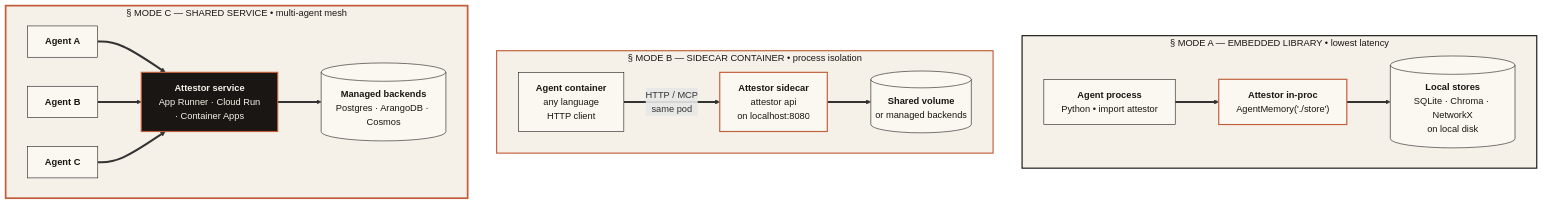
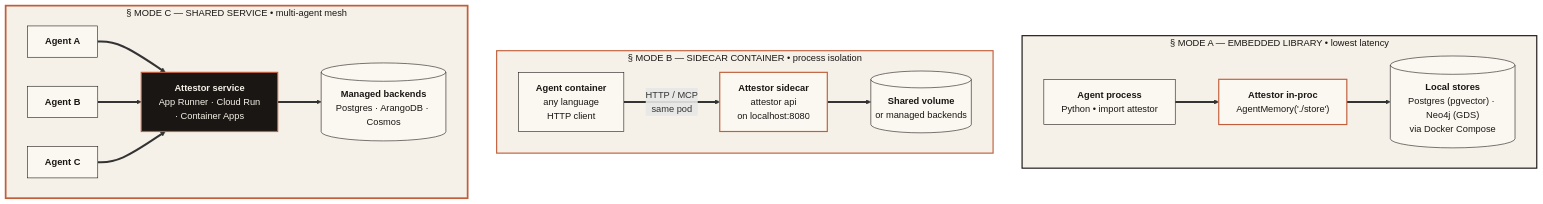
One commit to bolnet/attestor changed the eighth of 8 diagrams in README.md. Above: the diagram before and after it, drawn with Mermaid. The commit also changed other lines of this file and 2 other files, not shown here.

First line of the commit message:
docs: Phase 5 — strip zero-config narrative (Postgres + Neo4j default)

````diff
--- a/README.md
+++ b/README.md
@@ -603,46 +603,46 @@
 ```mermaid
 flowchart TB
     subgraph M1 ["&sect; MODE A &mdash; EMBEDDED LIBRARY &bull; lowest latency"]
         direction LR
         AG1["<b>Agent process</b><br/>Python &bull; import attestor"]
         MW1["<b>Attestor in-proc</b><br/>AgentMemory('./store')"]
-        ST1[("<b>Local stores</b><br/>SQLite · Chroma · NetworkX<br/>on local disk")]
+        ST1[("<b>Local stores</b><br/>Postgres (pgvector) · Neo4j (GDS)<br/>via Docker Compose")]
         AG1 ==> MW1 ==> ST1
     end
 
     subgraph M2 ["&sect; MODE B &mdash; SIDECAR CONTAINER &bull; process isolation"]
         direction LR
         AG2["<b>Agent container</b><br/>any language<br/>HTTP client"]
         MW2["<b>Attestor sidecar</b><br/>attestor api<br/>on localhost:8080"]
         ST2[("<b>Shared volume</b><br/>or managed backends")]
         AG2 ==>|"HTTP / MCP<br/>same pod"| MW2 ==> ST2
     end
 
     subgraph M3 ["&sect; MODE C &mdash; SHARED SERVICE &bull; multi-agent mesh"]
         direction LR
         AF1["<b>Agent A</b>"]
         AF2["<b>Agent B</b>"]
         AF3["<b>Agent C</b>"]
         MW3["<b>Attestor service</b><br/>App Runner · Cloud Run<br/>· Container Apps"]
         ST3[("<b>Managed backends</b><br/>Postgres · ArangoDB · Cosmos")]
         AF1 ==> MW3
         AF2 ==> MW3
         AF3 ==> MW3
         MW3 ==> ST3
     end
 
     style M1 fill:#F5F1E8,stroke:#1A1614,stroke-width:2px,color:#1A1614
     style M2 fill:#F5F1E8,stroke:#C15F3C,stroke-width:2px,color:#1A1614
     style M3 fill:#F5F1E8,stroke:#C15F3C,stroke-width:3px,color:#1A1614
     style AG1 fill:#FBF8F1,stroke:#1A1614,color:#1A1614
     style MW1 fill:#FBF8F1,stroke:#C15F3C,stroke-width:2px,color:#1A1614
     style ST1 fill:#FBF8F1,stroke:#1A1614,color:#1A1614
     style AG2 fill:#FBF8F1,stroke:#1A1614,color:#1A1614
     style MW2 fill:#FBF8F1,stroke:#C15F3C,stroke-width:2px,color:#1A1614
     style ST2 fill:#FBF8F1,stroke:#1A1614,color:#1A1614
     style AF1 fill:#FBF8F1,stroke:#1A1614,color:#1A1614
     style AF2 fill:#FBF8F1,stroke:#1A1614,color:#1A1614
     style AF3 fill:#FBF8F1,stroke:#1A1614,color:#1A1614
     style MW3 fill:#1A1614,stroke:#C15F3C,stroke-width:2px,color:#F5F1E8
     style ST3 fill:#FBF8F1,stroke:#1A1614,color:#1A1614
 ```
````
